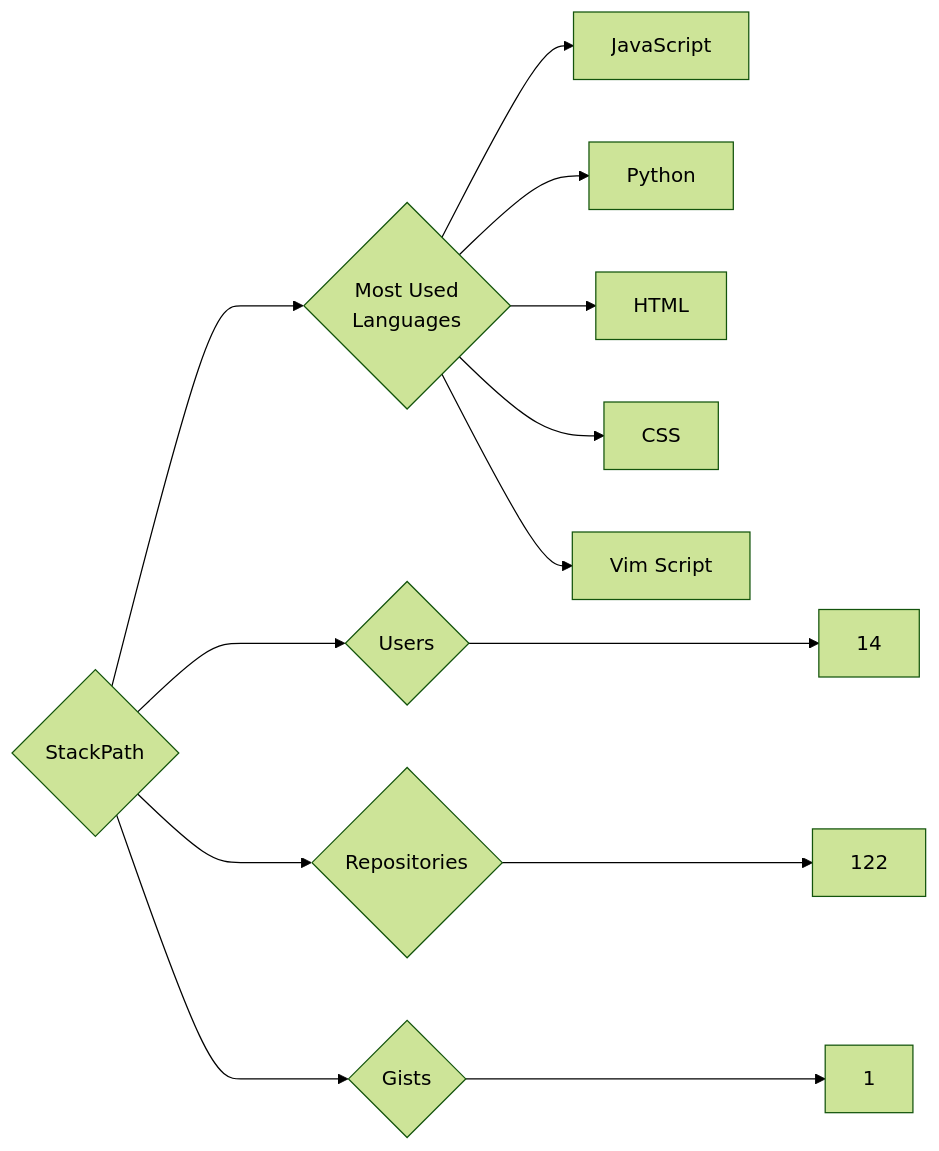
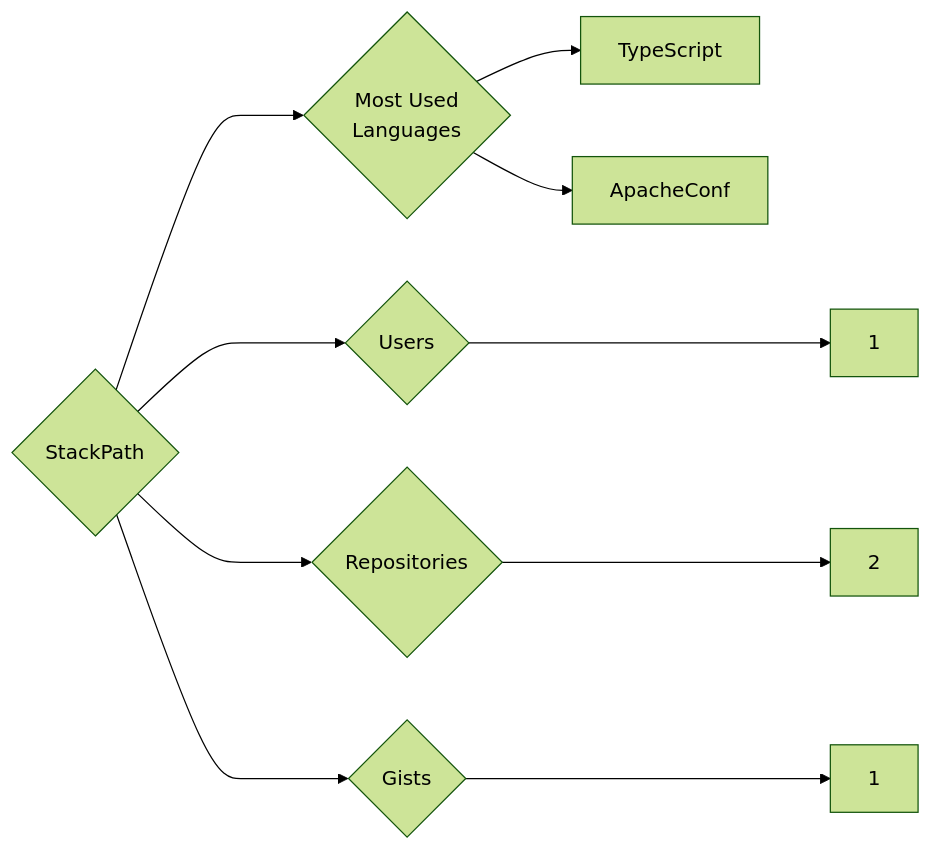
Before and after one commit to trickest/insiders: the diagram in targets/StackPath/README.md, drawn with Mermaid (forest theme). The commit also changed 728 other files, not shown here.

````diff
--- a/targets/StackPath/README.md
+++ b/targets/StackPath/README.md
@@ -3,13 +3,10 @@
 ```mermaid
 graph LR
 COMPANY_NAME{StackPath}
-COMPANY_NAME ---> U{Users} ---> UN[14]
-COMPANY_NAME ---> R{Repositories} ---> RN[122]
+COMPANY_NAME ---> U{Users} ---> UN[1]
+COMPANY_NAME ---> R{Repositories} ---> RN[2]
 COMPANY_NAME ---> G{Gists} ---> GN[1]
 COMPANY_NAME ---> ML{Most Used<br>Languages}
-ML --> JavaScript[JavaScript]
-ML --> Python[Python]
-ML --> HTML[HTML]
-ML --> CSS[CSS]
-ML --> Vim_Script[Vim Script]
+ML --> TypeScript[TypeScript]
+ML --> ApacheConf[ApacheConf]
 ```
````
